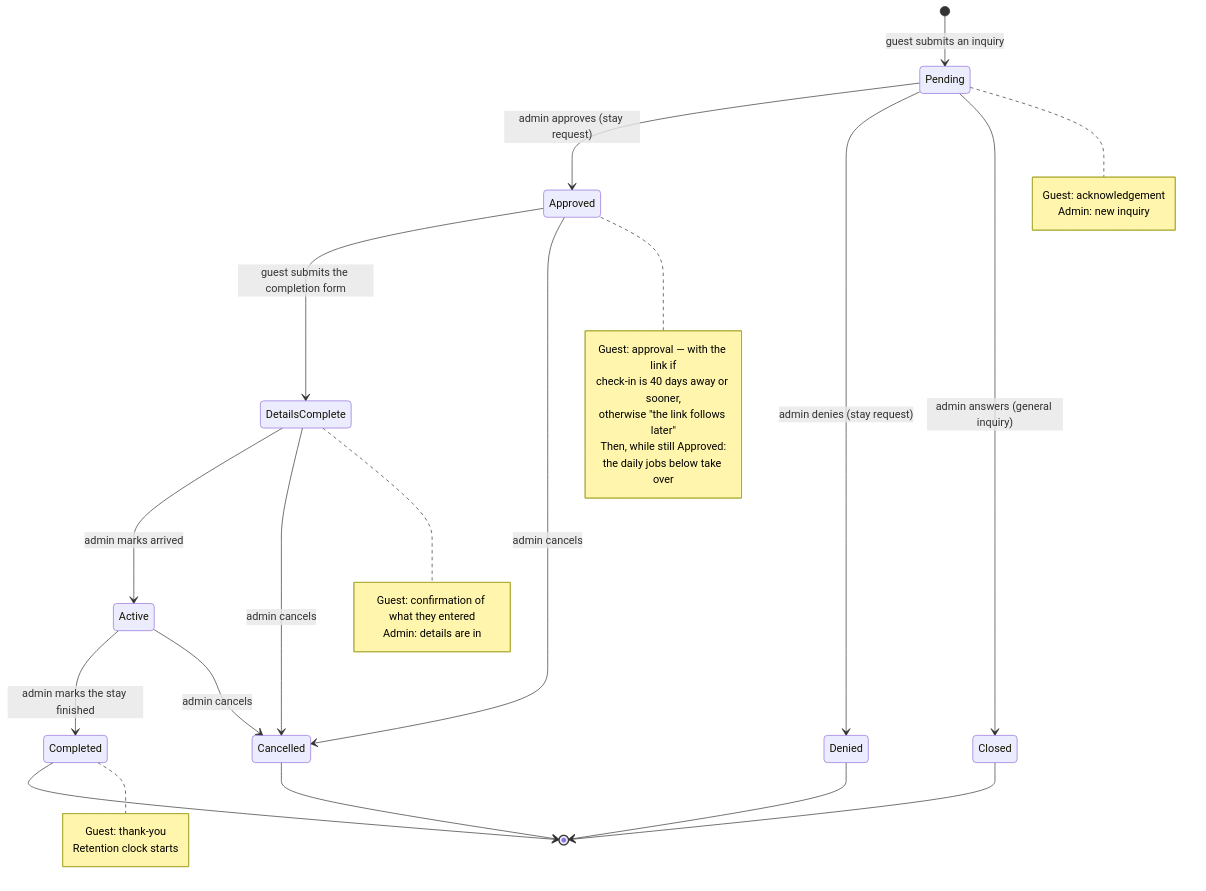
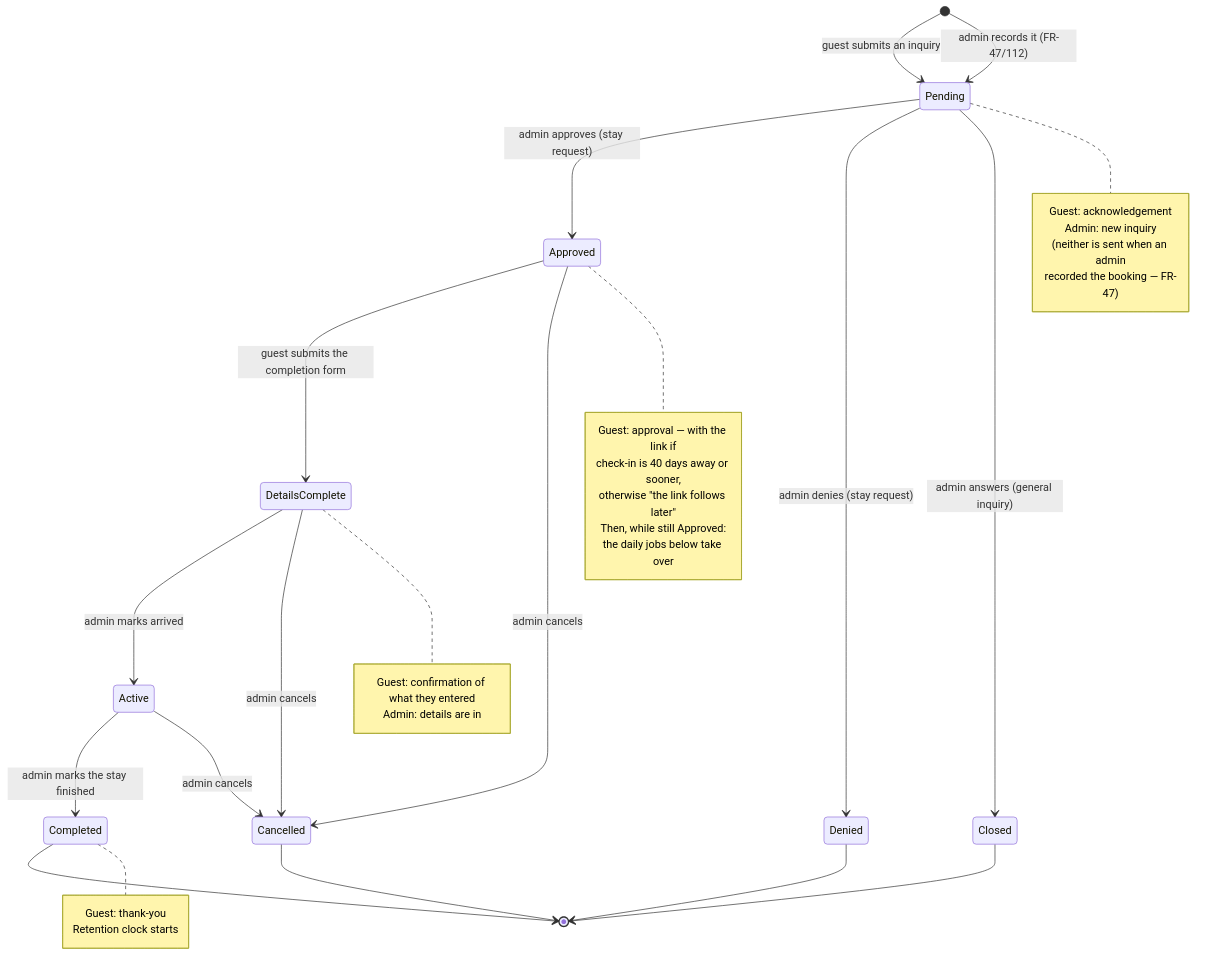
The first of 4 diagrams in docs/product/booking-lifecycle-timeline.md (eliya-amanoeel/akerogarden), drawn with Mermaid before and after one commit. The commit also changed other lines of this file and 24 other files, not shown here.

````diff
--- a/docs/product/booking-lifecycle-timeline.md
+++ b/docs/product/booking-lifecycle-timeline.md
@@ -13,47 +13,50 @@
 ```mermaid
 stateDiagram-v2
     direction TB
 
     [*] --> Pending: guest submits an inquiry
+    [*] --> Pending: admin records it (FR-47/112)
 
     Pending --> Approved: admin approves (stay request)
     Pending --> Denied: admin denies (stay request)
     Pending --> Closed: admin answers (general inquiry)
 
     Approved --> DetailsComplete: guest submits the completion form
     Approved --> Cancelled: admin cancels
 
     DetailsComplete --> Active: admin marks arrived
     DetailsComplete --> Cancelled: admin cancels
 
     Active --> Completed: admin marks the stay finished
     Active --> Cancelled: admin cancels
 
     Denied --> [*]
     Closed --> [*]
     Cancelled --> [*]
     Completed --> [*]
 
     note right of Pending
         Guest: acknowledgement
         Admin: new inquiry
+        (neither is sent when an admin
+        recorded the booking — FR-47)
     end note
 
     note right of Approved
         Guest: approval — with the link if
         check-in is 40 days away or sooner,
         otherwise "the link follows later"
         Then, while still Approved:
         the daily jobs below take over
     end note
 
     note right of DetailsComplete
         Guest: confirmation of what they entered
         Admin: details are in
     end note
 
     note right of Completed
         Guest: thank-you
         Retention clock starts
     end note
 ```
````
